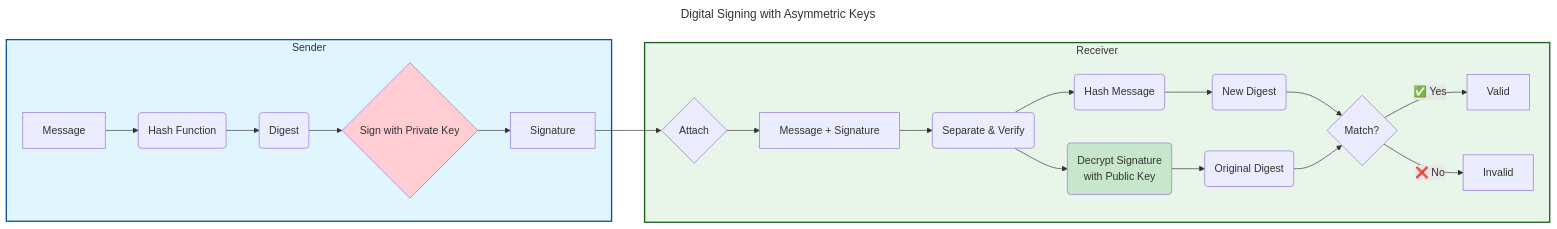
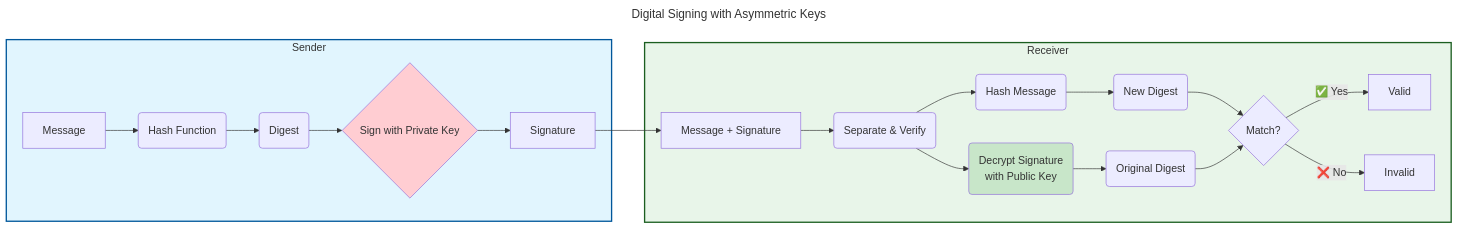
The diagram in 5.-cryptography-and-wireless-security/message-signing-using-asymmetric-keys/README.md (crossingts/cybersecurityfoundations), drawn with Mermaid before and after one commit.

Commit message:
manual vault backup: 2025-09-29 15:15:05

````diff
--- a/5.-cryptography-and-wireless-security/message-signing-using-asymmetric-keys/README.md
+++ b/5.-cryptography-and-wireless-security/message-signing-using-asymmetric-keys/README.md
@@ -40,34 +40,33 @@
 ```mermaid
 ---
 title: Digital Signing with Asymmetric Keys
 config:
   theme: default
 ---
 flowchart LR
     subgraph Sender [Sender]
         A[Message] --> B(Hash Function)
         B --> C(Digest)
         C --> D{Sign with Private Key}
         D --> E[Signature]
     end
 
-    E --> F{Attach}
+    E --> G[Message + Signature]
 
     subgraph Receiver [Receiver]
-        F --> G[Message + Signature]
         G --> H(Separate & Verify)
         H --> I(Hash Message)
         H --> J(Decrypt Signature<br/>with Public Key)
         I --> K(New Digest)
         J --> L(Original Digest)
         K --> M{Match?}
         L --> M
         M -->|✅ Yes| N[Valid]
         M -->|❌ No| O[Invalid]
     end
 
     style Sender fill:#e1f5fe,stroke:#01579b,stroke-width:2px
     style Receiver fill:#e8f5e9,stroke:#1b5e20,stroke-width:2px
     style D fill:#ffcdd2
     style J fill:#c8e6c9
 ```
````
